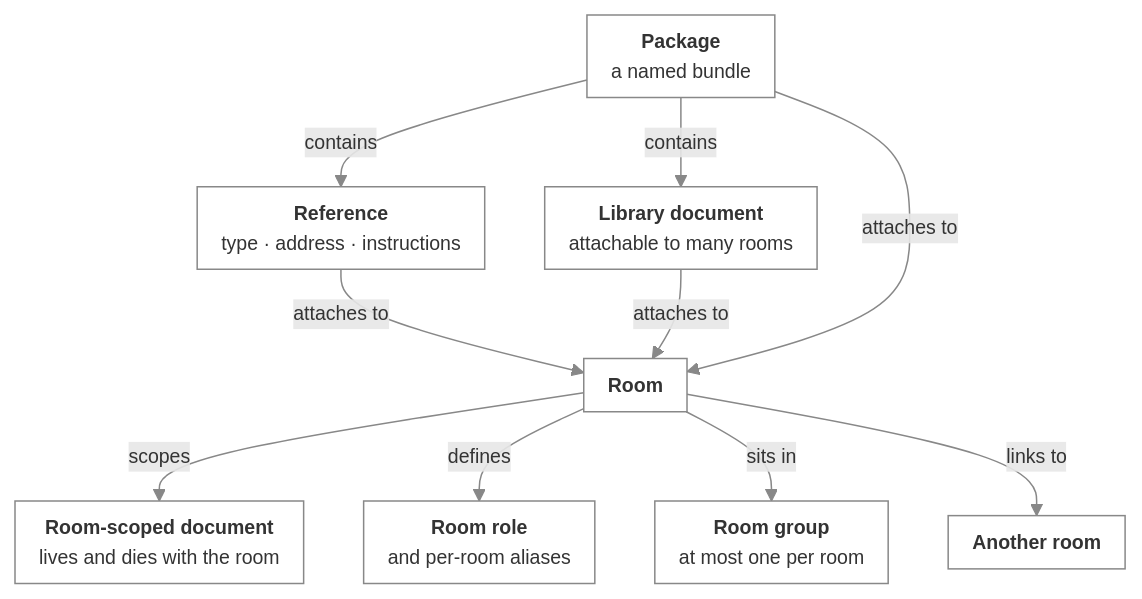
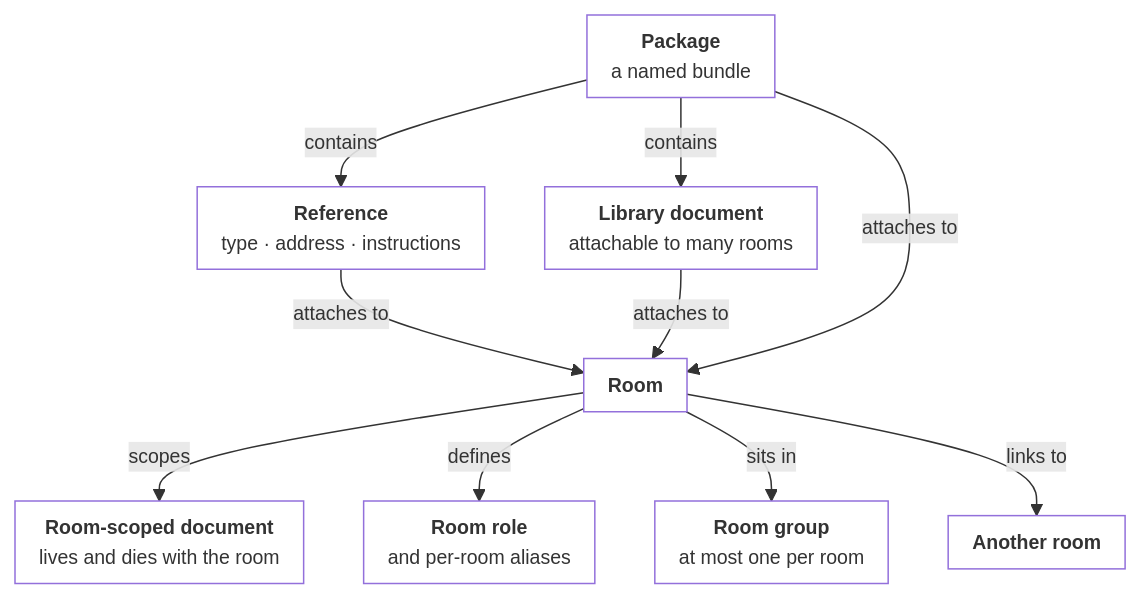
One commit to sandbox-quantum/switch changed the diagram in docs/official/internals/rooms-and-resources.md. Above: the diagram before and after it, drawn with Mermaid. The commit also changed other lines of this file and 73 other files, not shown here.

````diff
--- a/docs/official/internals/rooms-and-resources.md
+++ b/docs/official/internals/rooms-and-resources.md
@@ -19,26 +19,25 @@
 ```mermaid
-%%{init: {'themeVariables': {'fontSize': '13px'}, 'flowchart': {'padding': 8, 'nodeSpacing': 40, 'rankSpacing': 40}}}%%
+%%{init: {'themeVariables': {'fontSize': '13px'}, 'flowchart': {'padding': 8, 'nodeSpacing': 40, 'rankSpacing': 40, 'subGraphTitleMargin': {'top': 12, 'bottom': 8}}}}%%
 flowchart TB
   pkg["<b>Package</b><br/>a named bundle"]
   ref["<b>Reference</b><br/>type · address · instructions"]
   libdoc["<b>Library document</b><br/>attachable to many rooms"]
   room["<b>Room</b>"]
   rsdoc["<b>Room-scoped document</b><br/>lives and dies with the room"]
   role["<b>Room role</b><br/>and per-room aliases"]
   group["<b>Room group</b><br/>at most one per room"]
   other["<b>Another room</b>"]
 
   pkg -->|contains| ref
   pkg -->|contains| libdoc
   ref -->|attaches to| room
   libdoc -->|attaches to| room
   pkg -->|attaches to| room
   room -->|scopes| rsdoc
   room -->|defines| role
   room -->|sits in| group
   room -->|links to| other
 
-  classDef plain fill:none,stroke:#888888,stroke-width:1px
+  classDef plain fill:none,stroke-width:1px
   class pkg,ref,libdoc,room,rsdoc,role,group,other plain
-  linkStyle default stroke:#888888
 ```
````
